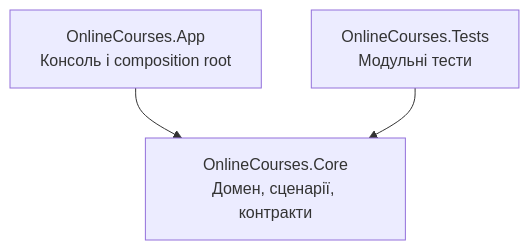
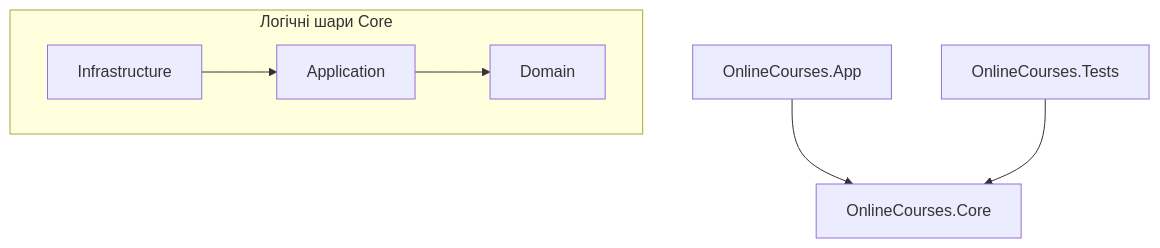
One commit to inkonzottn/KPZ changed the diagram in docs/architecture.md. Above: the diagram before and after it, drawn with Mermaid. The commit also changed other lines of this file, not shown here.

Commit message:
docs(architecture): узгодити шари з JSON сховищем і журналом

````diff
--- a/docs/architecture.md
+++ b/docs/architecture.md
@@ -25,8 +21,15 @@
 ```mermaid
 flowchart TB
-    App["OnlineCourses.App<br/>Консоль і composition root"]
-    Core["OnlineCourses.Core<br/>Домен, сценарії, контракти"]
-    Tests["OnlineCourses.Tests<br/>Модульні тести"]
+    App[OnlineCourses.App]
+    Core[OnlineCourses.Core]
+    Tests[OnlineCourses.Tests]
     App --> Core
     Tests --> Core
+    subgraph CoreLayers[Логічні шари Core]
+      Application[Application]
+      Domain[Domain]
+      Infrastructure[Infrastructure]
+      Application --> Domain
+      Infrastructure --> Application
+    end
 ```
````
